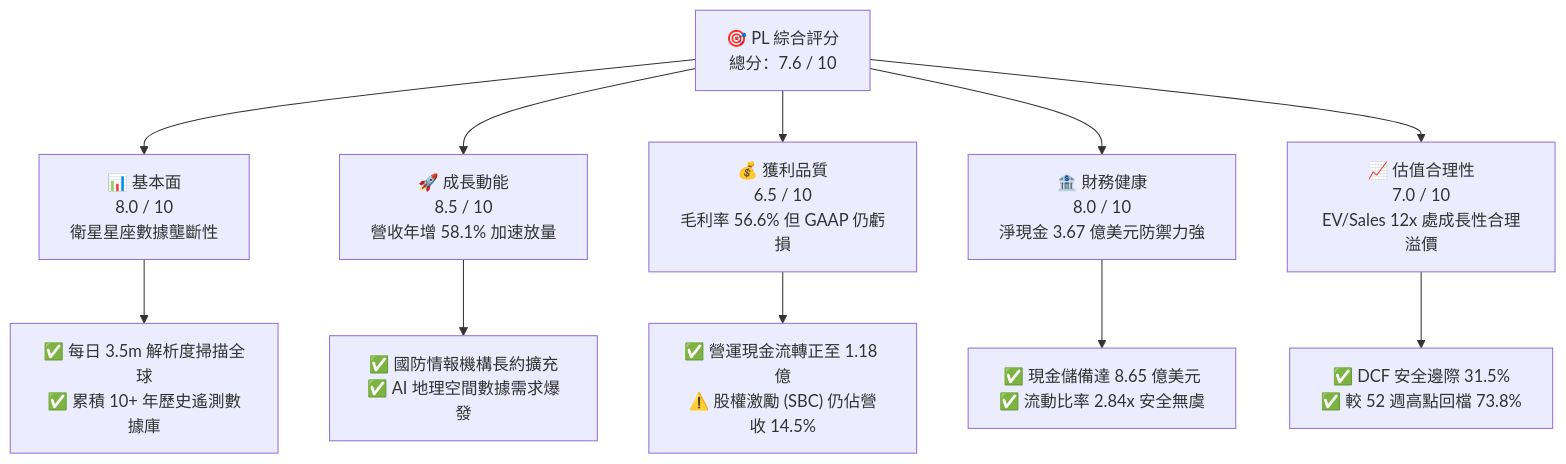
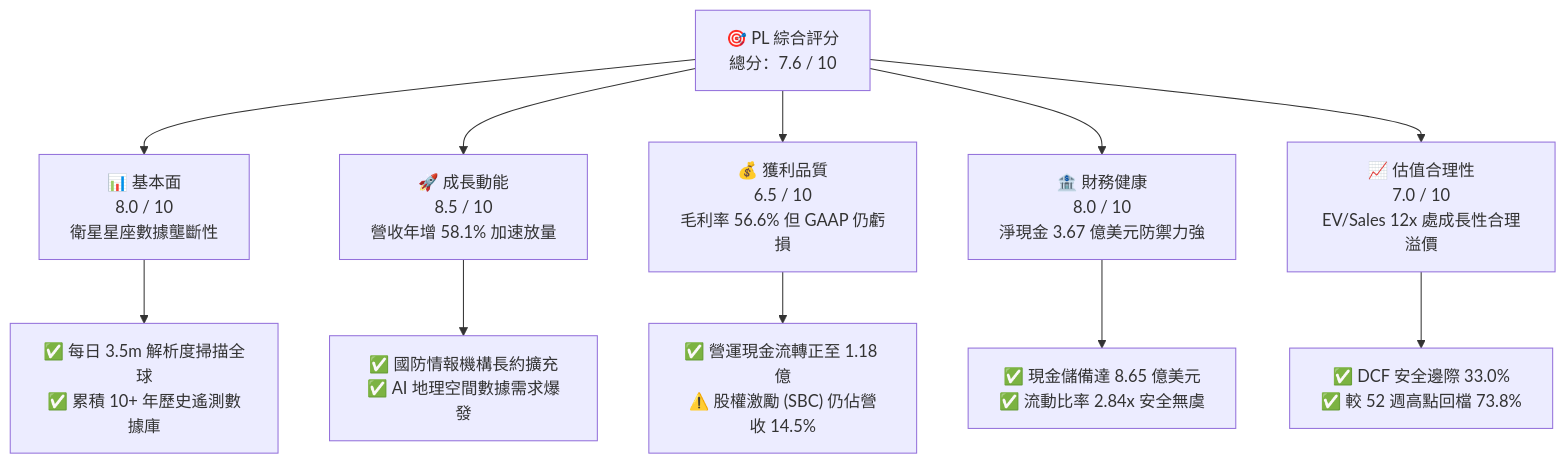
One commit to yennanliu/finance_data changed the first of 15 diagrams in ai_gen_report/fundamental/pl/fundamental_analysis_2026-10-17_gemini.md. Above: the diagram before and after it, drawn with Mermaid. The commit also changed other lines of this file and 339 other files, not shown here.

````diff
--- a/ai_gen_report/fundamental/pl/fundamental_analysis_2026-10-17_gemini.md
+++ b/ai_gen_report/fundamental/pl/fundamental_analysis_2026-10-17_gemini.md
@@ -60,22 +67,22 @@
 ```mermaid
 graph TD
     TICKER["🎯 PL 綜合評分<br/>總分：7.6 / 10"]
 
     F["📊 基本面<br/>8.0 / 10<br/>衛星星座數據壟斷性"]
     G["🚀 成長動能<br/>8.5 / 10<br/>營收年增 58.1% 加速放量"]
     P["💰 獲利品質<br/>6.5 / 10<br/>毛利率 56.6% 但 GAAP 仍虧損"]
     B["🏦 財務健康<br/>8.0 / 10<br/>淨現金 3.67 億美元防禦力強"]
     V["📈 估值合理性<br/>7.0 / 10<br/>EV/Sales 12x 處成長性合理溢價"]
 
     TICKER --> F
     TICKER --> G
     TICKER --> P
     TICKER --> B
     TICKER --> V
 
     F --> F1["✅ 每日 3.5m 解析度掃描全球<br/>✅ 累積 10+ 年歷史遙測數據庫"]
     G --> G1["✅ 國防情報機構長約擴充<br/>✅ AI 地理空間數據需求爆發"]
     P --> P1["✅ 營運現金流轉正至 1.18 億<br/>⚠️ 股權激勵 (SBC) 仍佔營收 14.5%"]
     B --> B1["✅ 現金儲備達 8.65 億美元<br/>✅ 流動比率 2.84x 安全無虞"]
-    V --> V1["✅ DCF 安全邊際 31.5%<br/>✅ 較 52 週高點回檔 73.8%"]
+    V --> V1["✅ DCF 安全邊際 33.0%<br/>✅ 較 52 週高點回檔 73.8%"]
 ```
````
